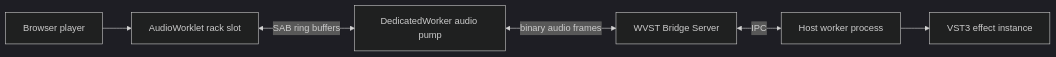
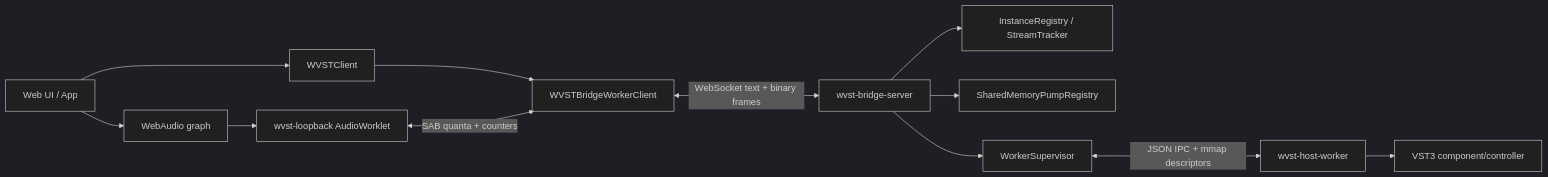
One commit to backrunner/wvst changed the diagram in docs/content/docs/architecture.md. Above: the diagram before and after it, drawn with Mermaid (dark theme). The commit also changed other lines of this file and 1 other file, not shown here.

Commit message:
docs(docs): document runtime architecture

````diff
--- a/docs/content/docs/architecture.md
+++ b/docs/content/docs/architecture.md
@@ -11,8 +11,14 @@
 ```mermaid
 flowchart LR
-  Player["Browser player"] --> Worklet["AudioWorklet rack slot"]
-  Worklet <-->|SAB ring buffers| Worker["DedicatedWorker audio pump"]
-  Worker <-->|binary audio frames| Bridge["WVST Bridge Server"]
-  Bridge <-->|IPC| Host["Host worker process"]
-  Host --> VST["VST3 effect instance"]
+  UI["Web UI / App"] --> Client["WVSTClient"]
+  UI --> Graph["WebAudio graph"]
+  Graph --> Worklet["wvst-loopback AudioWorklet"]
+  Client --> WorkerClient["WVSTBridgeWorkerClient"]
+  Worklet <-->|SAB quanta + counters| WorkerClient
+  WorkerClient <-->|WebSocket text + binary frames| Bridge["wvst-bridge-server"]
+  Bridge --> Registry["InstanceRegistry / StreamTracker"]
+  Bridge --> Pump["SharedMemoryPumpRegistry"]
+  Bridge --> Supervisor["WorkerSupervisor"]
+  Supervisor <-->|JSON IPC + mmap descriptors| Host["wvst-host-worker"]
+  Host --> VST3["VST3 component/controller"]
 ```
````
